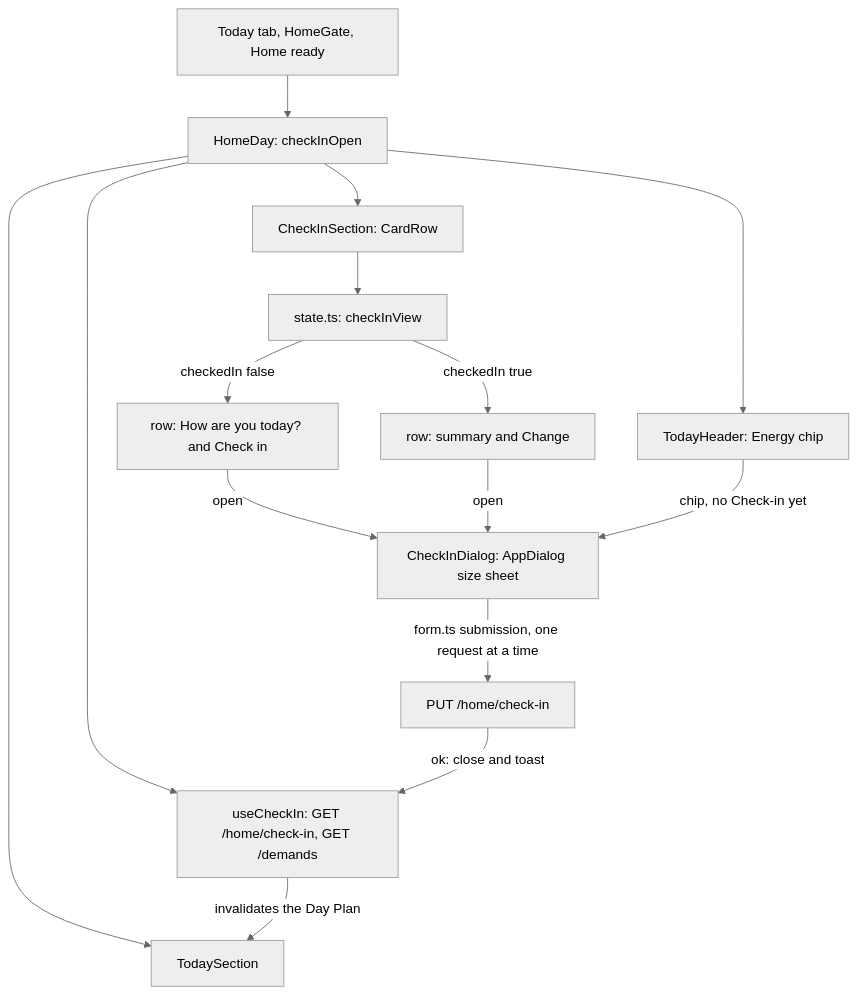
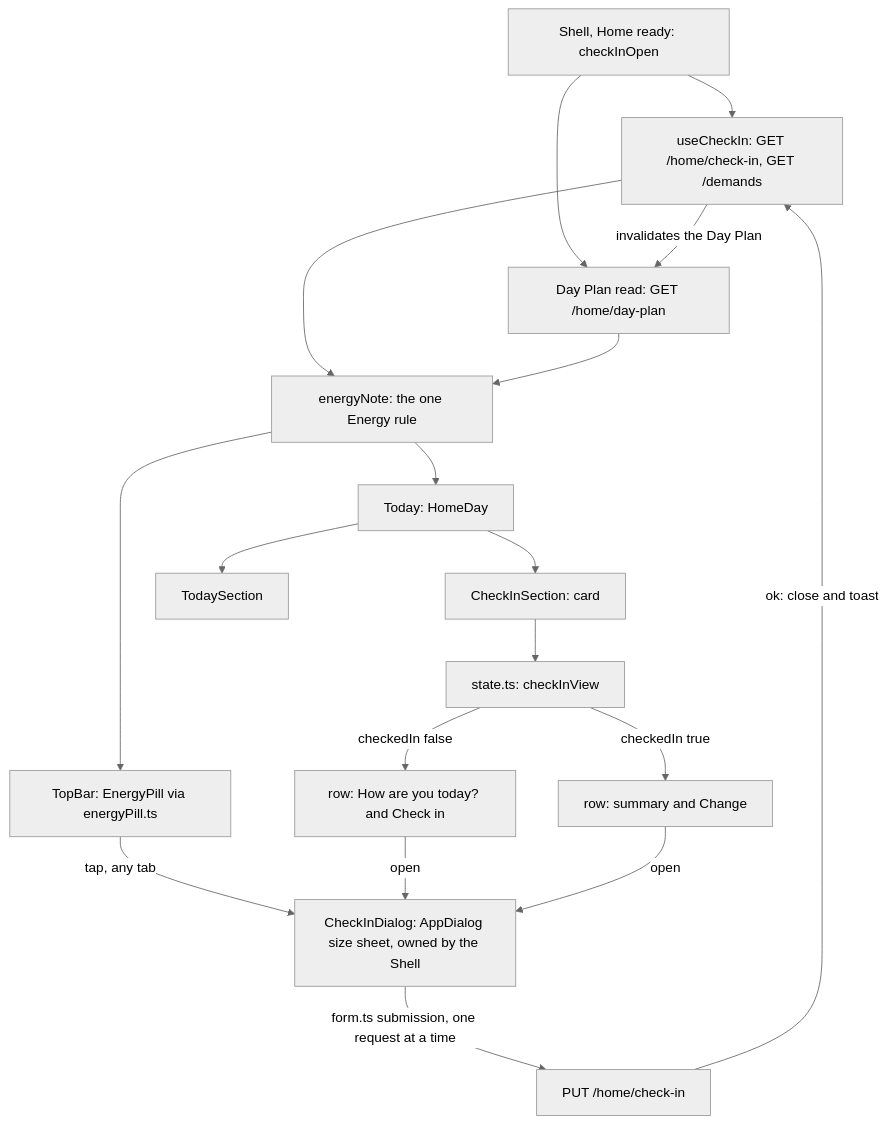
The tenth of 11 diagrams in docs/architecture/web.md (AbnerWillclefy/Homeowner), drawn with Mermaid (neutral theme) before and after one commit. The commit also changed other lines of this file and 4 other files, not shown here.

Commit message:
docs: describe the energy pill and the shell-owned check-in dialog

````diff
--- a/docs/architecture/web.md
+++ b/docs/architecture/web.md
@@ -566,17 +566,20 @@
 ```mermaid
 flowchart TD
-    HS[Today tab, HomeGate, Home ready] --> HD[HomeDay: checkInOpen]
-    HD --> UC[useCheckIn: GET /home/check-in, GET /demands]
-    HD --> CS[CheckInSection: CardRow]
-    HD --> TH[TodayHeader: Energy chip]
+    SH[Shell, Home ready: checkInOpen] --> UC[useCheckIn: GET /home/check-in, GET /demands]
+    SH --> DP[Day Plan read: GET /home/day-plan]
+    UC --> N[energyNote: the one Energy rule]
+    DP --> N
+    N --> TB[TopBar: EnergyPill via energyPill.ts]
+    N --> HD[Today: HomeDay]
+    HD --> CS[CheckInSection: card]
     HD --> TS[TodaySection]
     CS --> V[state.ts: checkInView]
     V -->|checkedIn false| P[row: How are you today? and Check in]
     V -->|checkedIn true| SUM[row: summary and Change]
-    P -->|open| D[CheckInDialog: AppDialog size sheet]
+    TB -->|tap, any tab| D[CheckInDialog: AppDialog size sheet, owned by the Shell]
+    P -->|open| D
     SUM -->|open| D
-    TH -->|chip, no Check-in yet| D
     D -->|form.ts submission, one request at a time| PUT[PUT /home/check-in]
     PUT -->|ok: close and toast| UC
-    UC -->|invalidates the Day Plan| TS
+    UC -->|invalidates the Day Plan| DP
 ```
````
